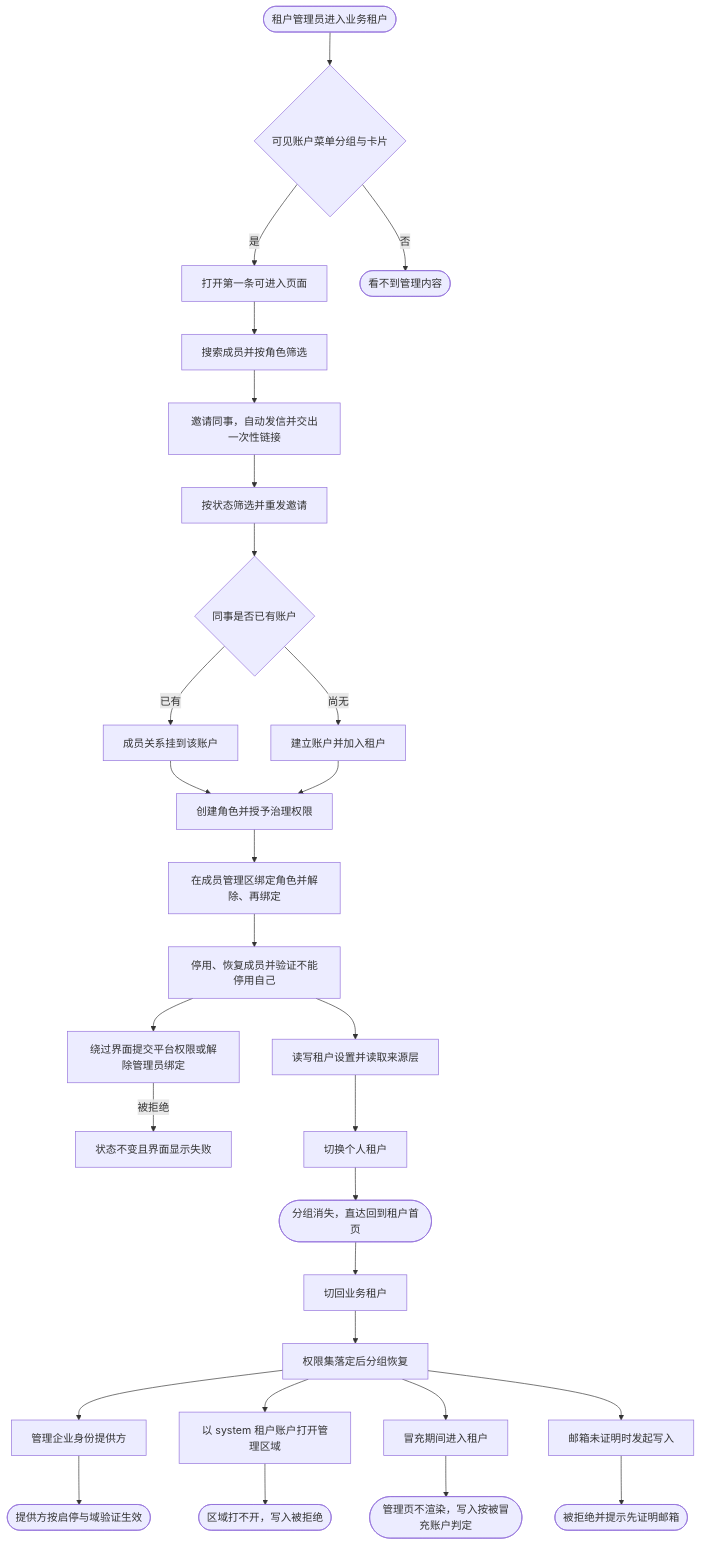
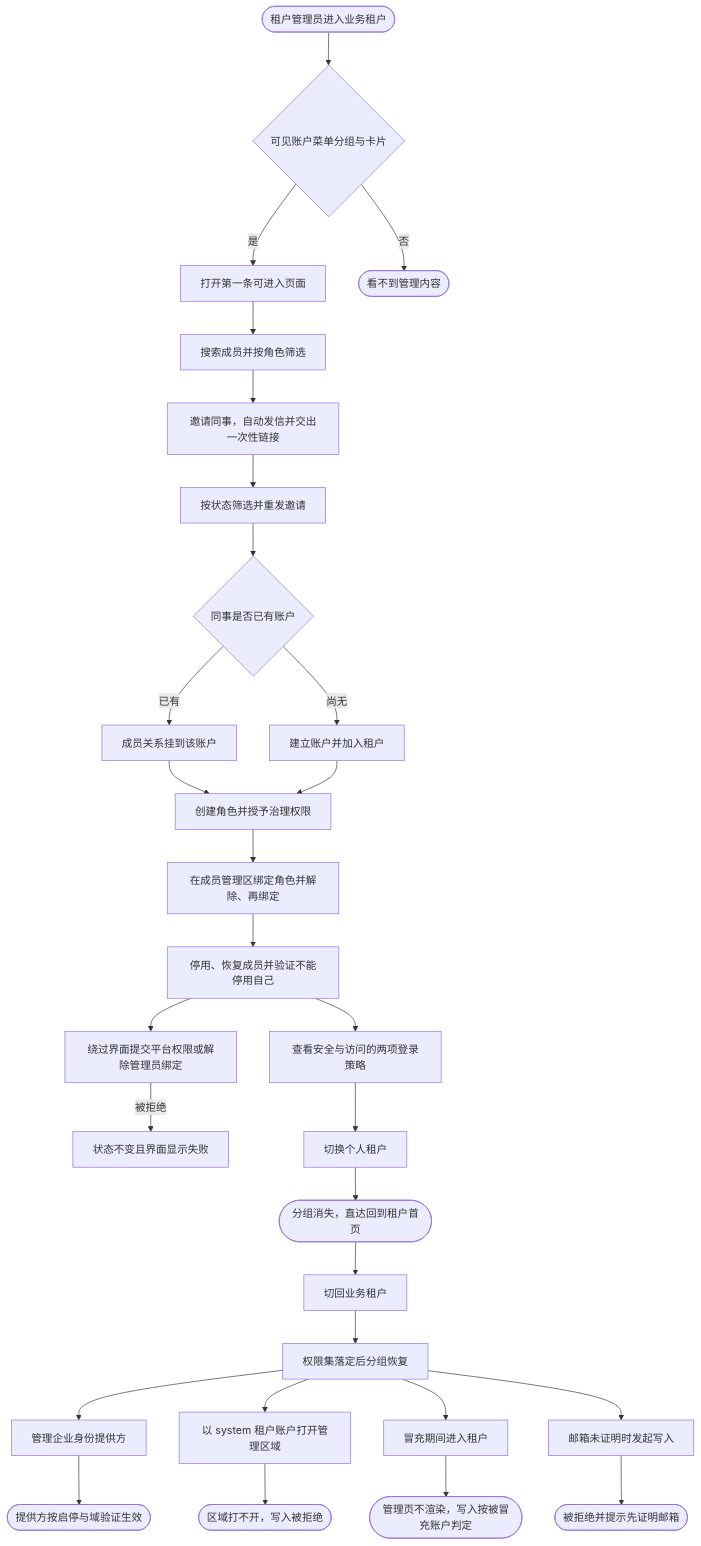
The diagram in docs/prd/journeys/journey-tenant-admin.md (wangzw/speed), drawn with Mermaid before and after one commit. The commit also changed other lines of this file and 8 other files, not shown here.

````diff
--- a/docs/prd/journeys/journey-tenant-admin.md
+++ b/docs/prd/journeys/journey-tenant-admin.md
@@ -85,31 +85,31 @@
 ```mermaid
 flowchart TD
     A([租户管理员进入业务租户]) --> B{可见账户菜单分组与卡片}
     B -->|是| C[打开第一条可进入页面]
     B -->|否| Z([看不到管理内容])
     C --> C1[搜索成员并按角色筛选]
     C1 --> D[邀请同事，自动发信并交出一次性链接]
     D --> D1[按状态筛选并重发邀请]
     D1 --> E{同事是否已有账户}
     E -->|已有| F[成员关系挂到该账户]
     E -->|尚无| G[建立账户并加入租户]
     F --> H[创建角色并授予治理权限]
     G --> H
     H --> I[在成员管理区绑定角色并解除、再绑定]
     I --> I1[停用、恢复成员并验证不能停用自己]
     I1 --> J[绕过界面提交平台权限或解除管理员绑定]
     J -->|被拒绝| K[状态不变且界面显示失败]
-    I1 --> L[读写租户设置并读取来源层]
+    I1 --> L[查看安全与访问的两项登录策略]
     L --> M[切换个人租户]
     M --> N([分组消失，直达回到租户首页])
     N --> O[切回业务租户]
     O --> P[权限集落定后分组恢复]
     P --> Q[管理企业身份提供方]
     Q --> R([提供方按启停与域验证生效])
     P --> S[以 system 租户账户打开管理区域]
     S --> T([区域打不开，写入被拒绝])
     P --> U[冒充期间进入租户]
     U --> V([管理页不渲染，写入按被冒充账户判定])
     P --> W[邮箱未证明时发起写入]
     W --> X([被拒绝并提示先证明邮箱])
 ```
````
